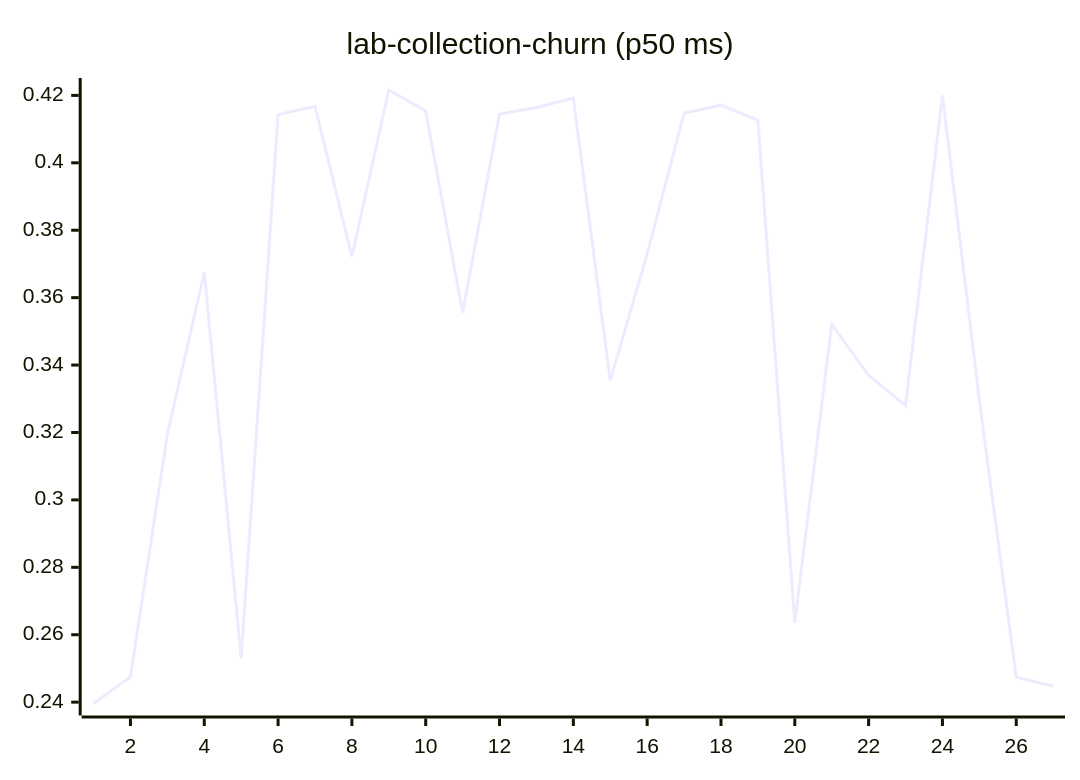
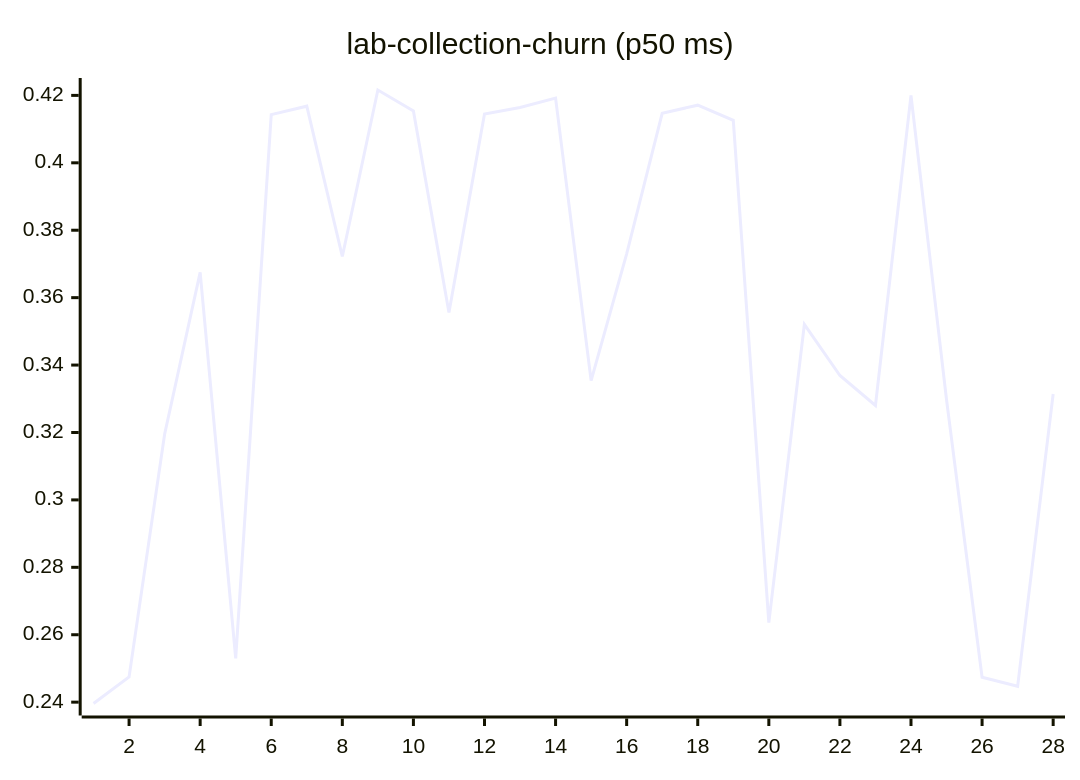
Before and after one commit to josha/Facet: diagram 11 of 27 in README.md, drawn with Mermaid. The commit also changed other lines of this file and 2 other files, not shown here.

````diff
--- a/README.md
+++ b/README.md
@@ -133,6 +133,6 @@
 ```mermaid
 xychart-beta
     title "lab-collection-churn (p50 ms)"
-    x-axis 1 --> 27
-    line [0.2396, 0.2475, 0.3195, 0.3675, 0.2530, 0.4143, 0.4168, 0.3722, 0.4216, 0.4154, 0.3556, 0.4145, 0.4164, 0.4192, 0.3354, 0.3730, 0.4147, 0.4171, 0.4126, 0.2636, 0.3521, 0.3369, 0.3280, 0.4200, 0.3297, 0.2474, 0.2447]
+    x-axis 1 --> 28
+    line [0.2396, 0.2475, 0.3195, 0.3675, 0.2530, 0.4143, 0.4168, 0.3722, 0.4216, 0.4154, 0.3556, 0.4145, 0.4164, 0.4192, 0.3354, 0.3730, 0.4147, 0.4171, 0.4126, 0.2636, 0.3521, 0.3369, 0.3280, 0.4200, 0.3297, 0.2474, 0.2447, 0.3314]
 ```
````
